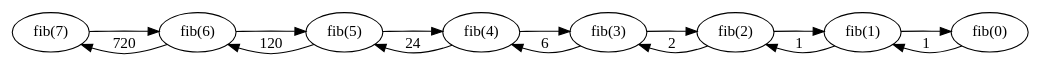
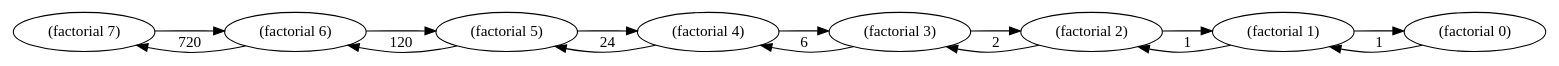
One commit to johnlawrenceaspden/hobby-code changed the diagram in villiers-park/algorithms/factorial.dot. Above: the diagram before and after it, drawn with Graphviz. The commit also changed 1 other file, not shown here.

```diff
--- a/villiers-park/algorithms/factorial.dot
+++ b/villiers-park/algorithms/factorial.dot
@@ -1,29 +1,29 @@
 digraph G {
         rankdir=LR
-        fib7 [label="fib(7)"]
-        fib6 [label="fib(6)"]
-        fib5 [label="fib(5)"]
-        fib4 [label="fib(4)"]
-        fib3 [label="fib(3)"]
-        fib2 [label="fib(2)"]
-        fib1 [label="fib(1)"]
-        fib0 [label="fib(0)"]
+        factorial7 [label="(factorial 7)"]
+        factorial6 [label="(factorial 6)"]
+        factorial5 [label="(factorial 5)"]
+        factorial4 [label="(factorial 4)"]
+        factorial3 [label="(factorial 3)"]
+        factorial2 [label="(factorial 2)"]
+        factorial1 [label="(factorial 1)"]
+        factorial0 [label="(factorial 0)"]
 
-        fib7->fib6
-        fib6->fib5
-        fib5->fib4
-        fib4->fib3
-        fib3->fib2
-        fib2->fib1
-        fib1->fib0
+        factorial7->factorial6
+        factorial6->factorial5
+        factorial5->factorial4
+        factorial4->factorial3
+        factorial3->factorial2
+        factorial2->factorial1
+        factorial1->factorial0
 
         
-        fib6->fib7 [label="720"]
-        fib5->fib6 [label="120"]
-        fib4->fib5 [label="24"]
-        fib3->fib4 [label="6"]
-        fib2->fib3 [label="2"]
-        fib1->fib2 [label="1"]
-        fib0->fib1 [label="1"]
+        factorial6->factorial7 [label="720"]
+        factorial5->factorial6 [label="120"]
+        factorial4->factorial5 [label="24"]
+        factorial3->factorial4 [label="6"]
+        factorial2->factorial3 [label="2"]
+        factorial1->factorial2 [label="1"]
+        factorial0->factorial1 [label="1"]
  
 }
```
